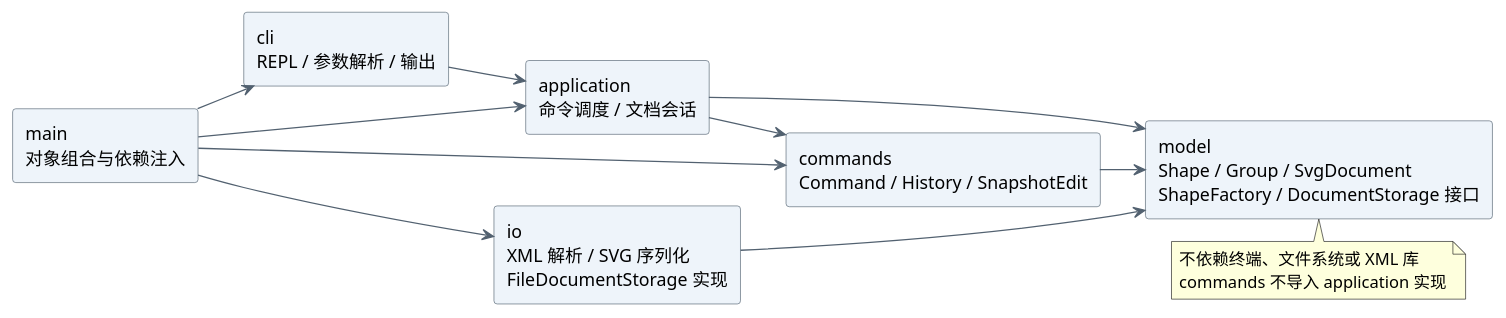
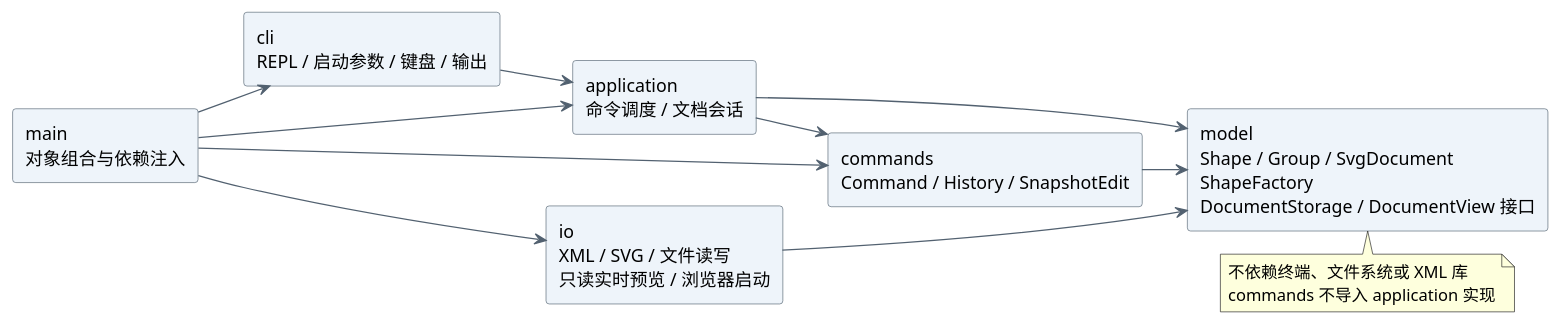
The diagram in doc/architecture.puml (SharkerSwag/lab1-svg-editor), drawn with PlantUML before and after one commit. The commit also changed 12 other files, not shown here.

```diff
--- a/doc/architecture.puml
+++ b/doc/architecture.puml
@@ -1,32 +1,32 @@
 @startuml
 !pragma layout smetana
 left to right direction
 skinparam componentStyle rectangle
 skinparam shadowing false
 skinparam defaultFontName Microsoft YaHei
 skinparam ArrowColor #526170
 skinparam componentBackgroundColor #EEF4FA
 skinparam componentBorderColor #526170
 
 component "main\n对象组合与依赖注入" as Main
-component "cli\nREPL / 参数解析 / 输出" as CLI
+component "cli\nREPL / 启动参数 / 键盘 / 输出" as CLI
 component "application\n命令调度 / 文档会话" as App
 component "commands\nCommand / History / SnapshotEdit" as Commands
-component "model\nShape / Group / SvgDocument\nShapeFactory / DocumentStorage 接口" as Model
-component "io\nXML 解析 / SVG 序列化\nFileDocumentStorage 实现" as IO
+component "model\nShape / Group / SvgDocument\nShapeFactory\nDocumentStorage / DocumentView 接口" as Model
+component "io\nXML / SVG / 文件读写\n只读实时预览 / 浏览器启动" as IO
 
 Main --> CLI
 Main --> App
 Main --> Commands
 Main --> IO
 CLI --> App
 App --> Commands
 App --> Model
 Commands --> Model
 IO --> Model
 
 note bottom of Model
 不依赖终端、文件系统或 XML 库
 commands 不导入 application 实现
 end note
 @enduml
```
